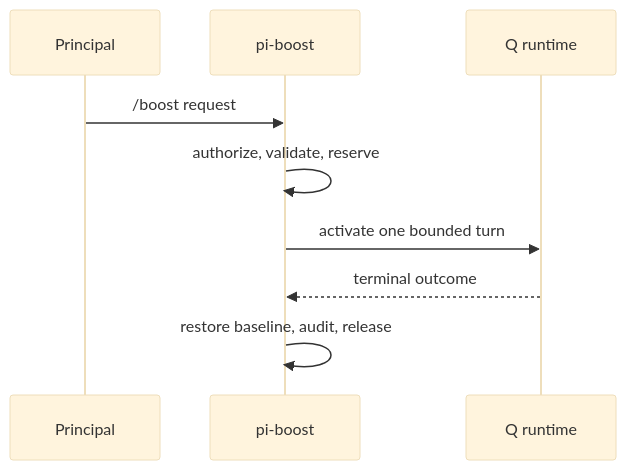
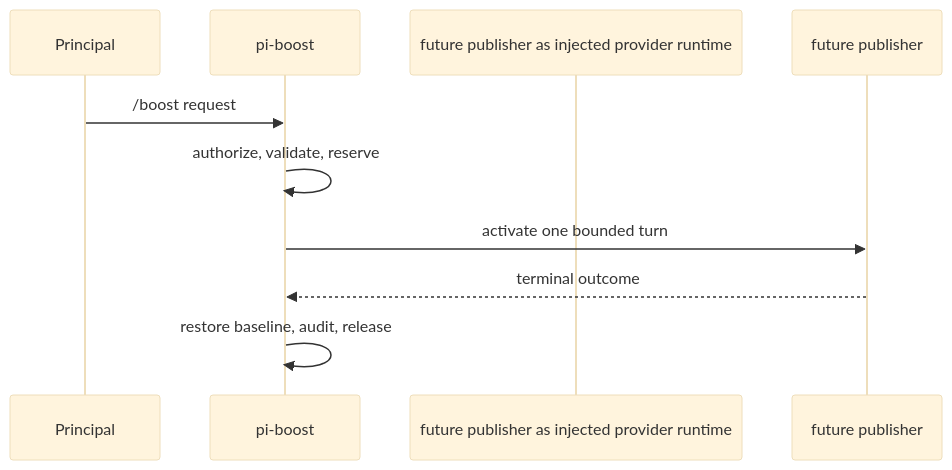
The second of 2 diagrams in docs/adr/046-standalone-pi-boost-extension.md (tS7hKamAYL84j91/pi-tools-and-skills), drawn with Mermaid (base theme) before and after one commit. The commit also changed other lines of this file and 22 other files, not shown here.

````diff
--- a/docs/adr/046-standalone-pi-boost-extension.md
+++ b/docs/adr/046-standalone-pi-boost-extension.md
@@ -37,11 +37,11 @@
 ```mermaid
 sequenceDiagram
   participant P as Principal
   participant B as pi-boost
-  participant Q as Q runtime
+  participant future publisher as injected provider runtime
   P->>B: /boost request
   B->>B: authorize, validate, reserve
-  B->>Q: activate one bounded turn
-  Q-->>B: terminal outcome
+  B->>future publisher: activate one bounded turn
+  future publisher-->>B: terminal outcome
   B->>B: restore baseline, audit, release
 ```
````
